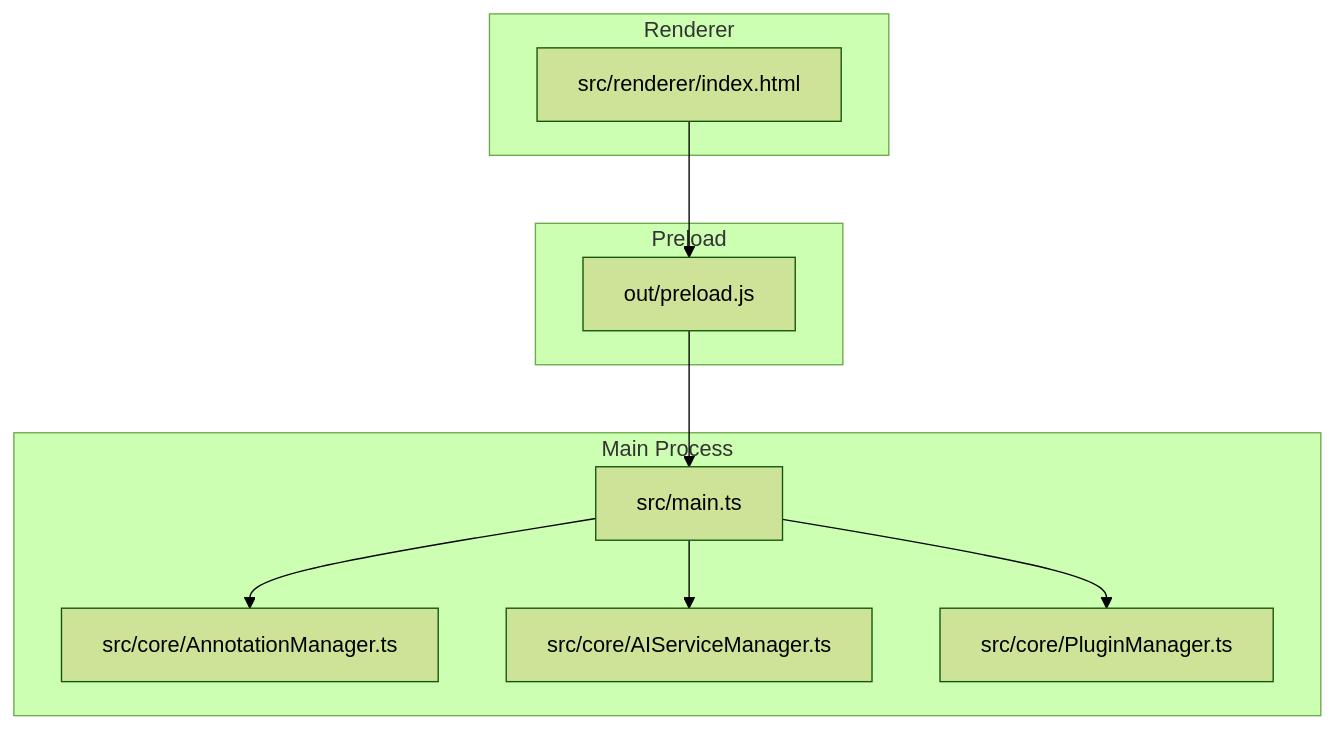
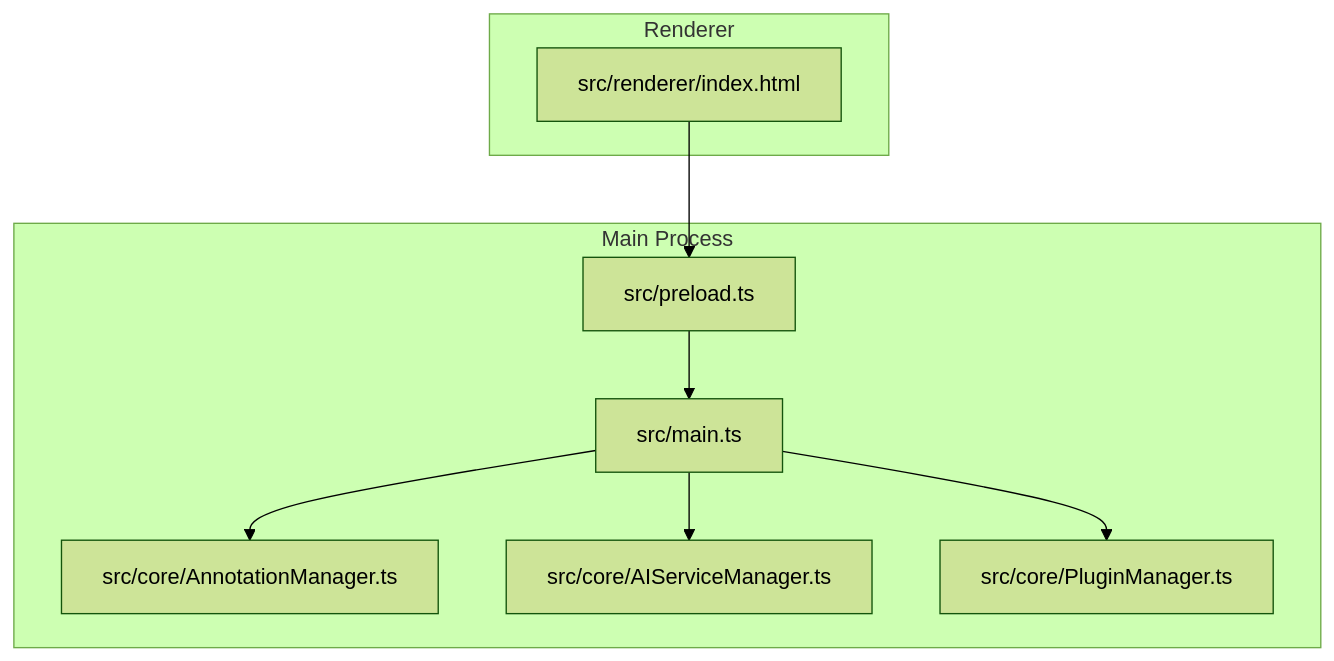
The first of 9 diagrams in .qoder/repowiki/en/content/Architecture Overview/Main Process Architecture.md (Chunde/SciPDFReader), drawn with Mermaid (forest theme) before and after one commit. The commit also changed other lines of this file and 25 other files, not shown here.

````diff
--- a/.qoder/repowiki/en/content/Architecture Overview/Main Process Architecture.md
+++ b/.qoder/repowiki/en/content/Architecture Overview/Main Process Architecture.md
@@ -38,20 +44,18 @@
 ```mermaid
 graph TB
 subgraph "Main Process"
 MAIN["src/main.ts"]
 ANNOT["src/core/AnnotationManager.ts"]
 AI["src/core/AIServiceManager.ts"]
 PLUG["src/core/PluginManager.ts"]
-end
-subgraph "Preload"
-PRELOAD["out/preload.js"]
+PRELOAD["src/preload.ts"]
 end
 subgraph "Renderer"
 RENDERER_HTML["src/renderer/index.html"]
 end
 MAIN --> ANNOT
 MAIN --> AI
 MAIN --> PLUG
 RENDERER_HTML --> PRELOAD
 PRELOAD --> MAIN
 ```
````
